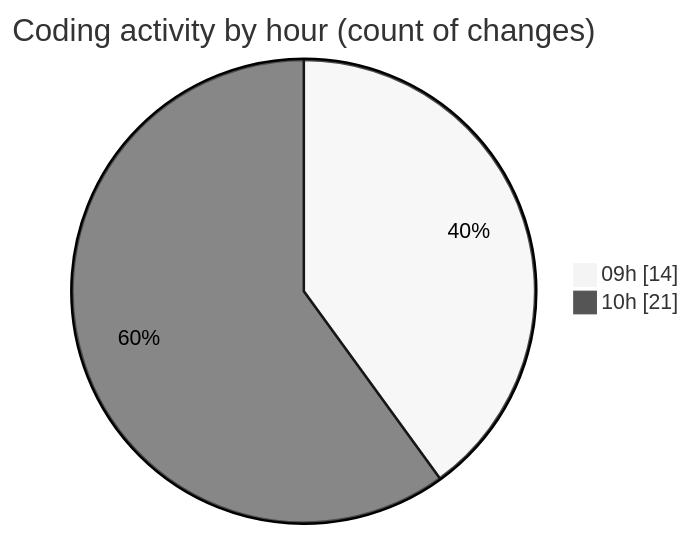
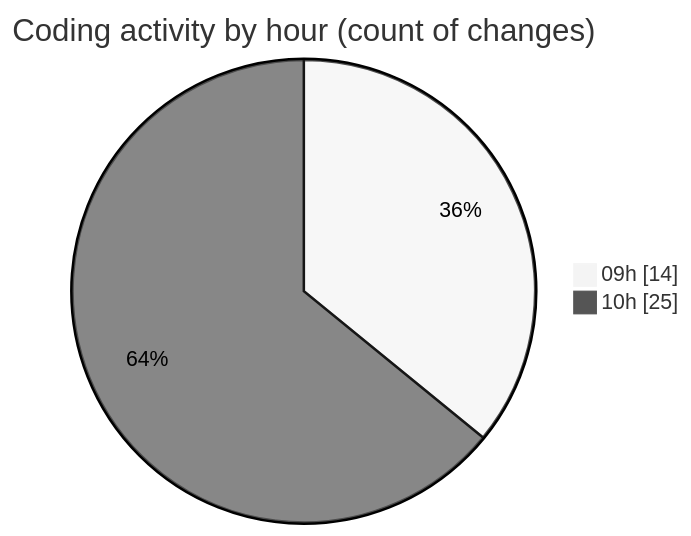
One commit to momahboobian/code-tracking changed the second of 2 diagrams in 2025-06-03/cda/README.md. Above: the diagram before and after it, drawn with Mermaid (neutral theme). The commit also changed other lines of this file and 1 other file, not shown here.

````diff
--- a/2025-06-03/cda/README.md
+++ b/2025-06-03/cda/README.md
@@ -33,6 +33,6 @@
 ```mermaid
 pie showData
 title Coding activity by hour (count of changes)
 "09h" : 14
-"10h" : 21
+"10h" : 25
 ```
````
